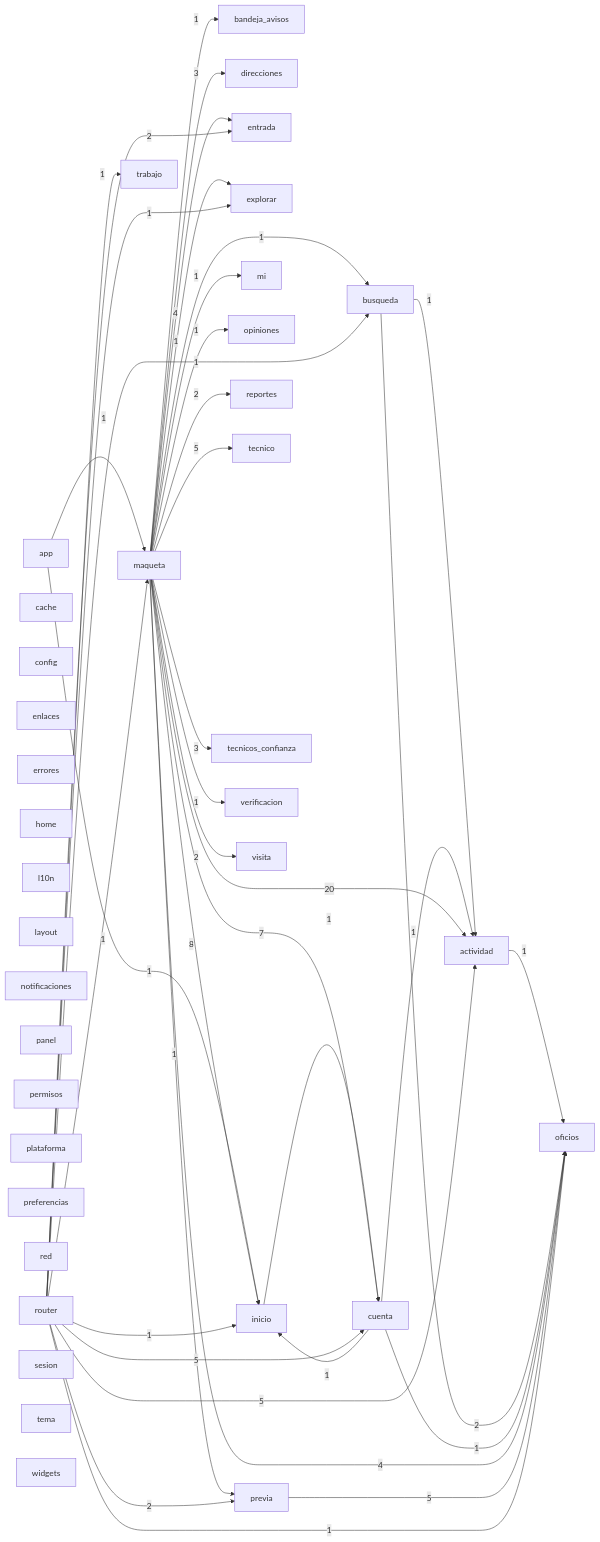
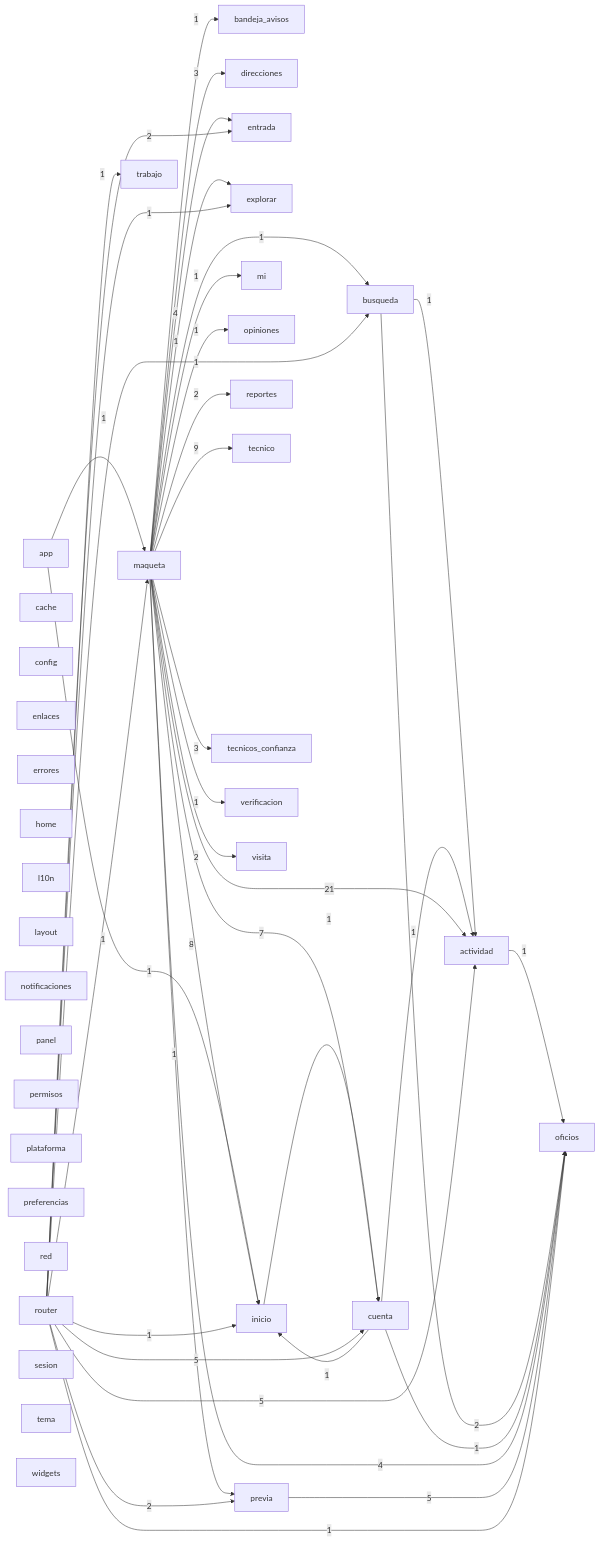
One commit to Tensei-Devs/knock-frontend changed the diagram in docs/architecture/modules.mmd. Above: the diagram before and after it, drawn with Mermaid. The commit also changed 19 other files, not shown here.

```diff
--- a/docs/architecture/modules.mmd
+++ b/docs/architecture/modules.mmd
@@ -1,75 +1,75 @@
 graph LR
   actividad["actividad"]
   app["app"]
   bandeja_avisos["bandeja_avisos"]
   busqueda["busqueda"]
   cache["cache"]
   config["config"]
   cuenta["cuenta"]
   direcciones["direcciones"]
   enlaces["enlaces"]
   entrada["entrada"]
   errores["errores"]
   explorar["explorar"]
   home["home"]
   inicio["inicio"]
   l10n["l10n"]
   layout["layout"]
   maqueta["maqueta"]
   mi["mi"]
   notificaciones["notificaciones"]
   oficios["oficios"]
   opiniones["opiniones"]
   panel["panel"]
   permisos["permisos"]
   plataforma["plataforma"]
   preferencias["preferencias"]
   previa["previa"]
   red["red"]
   reportes["reportes"]
   router["router"]
   sesion["sesion"]
   tecnico["tecnico"]
   tecnicos_confianza["tecnicos_confianza"]
   tema["tema"]
   trabajo["trabajo"]
   verificacion["verificacion"]
   visita["visita"]
   widgets["widgets"]
   actividad -->|1| oficios
   app -->|1| inicio
   app -->|1| maqueta
   busqueda -->|1| actividad
   busqueda -->|2| oficios
   cuenta -->|1| actividad
   cuenta -->|1| inicio
   cuenta -->|1| oficios
   inicio -->|1| cuenta
-  maqueta -->|20| actividad
+  maqueta -->|21| actividad
   maqueta -->|1| bandeja_avisos
   maqueta -->|1| busqueda
   maqueta -->|7| cuenta
   maqueta -->|3| direcciones
   maqueta -->|4| entrada
   maqueta -->|1| explorar
   maqueta -->|8| inicio
   maqueta -->|1| mi
   maqueta -->|4| oficios
   maqueta -->|1| opiniones
   maqueta -->|1| previa
   maqueta -->|2| reportes
-  maqueta -->|5| tecnico
+  maqueta -->|9| tecnico
   maqueta -->|3| tecnicos_confianza
   maqueta -->|1| verificacion
   maqueta -->|2| visita
   previa -->|5| oficios
   router -->|5| actividad
   router -->|1| busqueda
   router -->|5| cuenta
   router -->|2| entrada
   router -->|1| explorar
   router -->|1| inicio
   router -->|1| maqueta
   router -->|1| oficios
   router -->|2| previa
   router -->|1| trabajo
```
